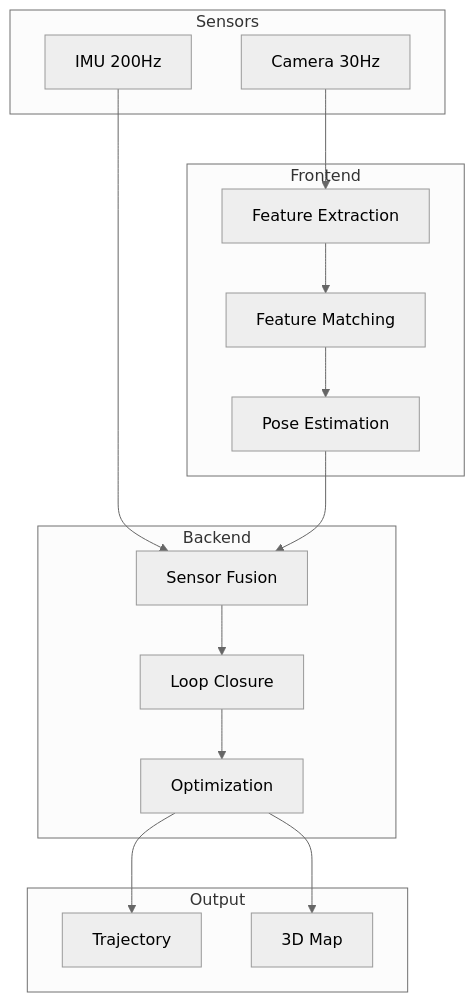
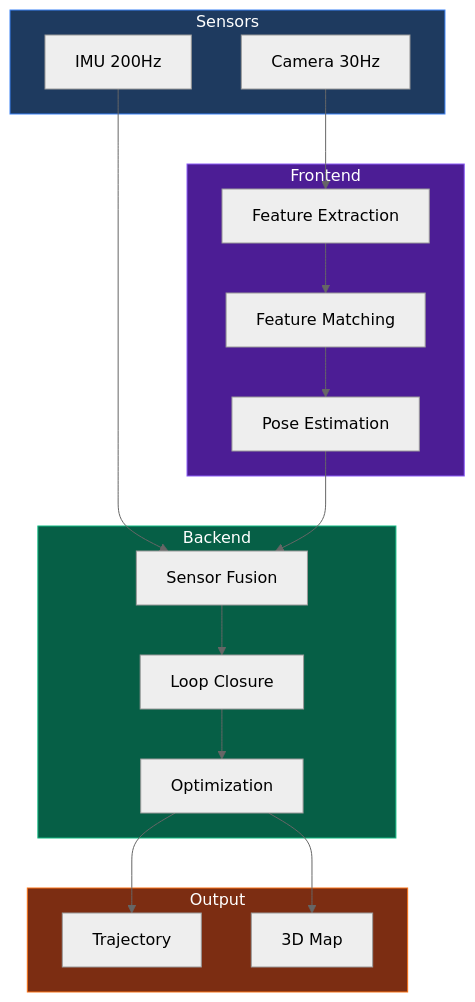
One commit to robertteleng/aria-slam changed the second of 11 diagrams in README.md. Above: the diagram before and after it, drawn with Mermaid (neutral theme). The commit also changed other lines of this file, not shown here.

Commit message:
docs: add colors to Mermaid diagrams and glossary section - Add style colors to all flowchart diagrams (blue/purple/green/orange) - Add Glossary section with 17 acronyms and 14 technical terms - Update Table of Contents - Remove emojis for professional appearance

````diff
--- a/README.md
+++ b/README.md
@@ -77,32 +86,37 @@
 ```mermaid
 flowchart TD
-    subgraph Sensors["Sensors"]
+    subgraph Sensors
         CAM[Camera 30Hz]
         IMU[IMU 200Hz]
     end
 
-    subgraph Frontend["Frontend"]
+    subgraph Frontend
         FE[Feature Extraction]
         FM[Feature Matching]
         PE[Pose Estimation]
     end
 
-    subgraph Backend["Backend"]
+    subgraph Backend
         SF[Sensor Fusion]
         LC[Loop Closure]
         OPT[Optimization]
     end
 
-    subgraph Output["Output"]
+    subgraph Output
         TRAJ[Trajectory]
         MAP[3D Map]
     end
 
     CAM --> FE --> FM --> PE
     IMU --> SF
     PE --> SF
     SF --> LC
     LC --> OPT
     OPT --> TRAJ
     OPT --> MAP
+
+    style Sensors fill:#1e3a5f,stroke:#3b82f6,color:#fff
+    style Frontend fill:#4c1d95,stroke:#8b5cf6,color:#fff
+    style Backend fill:#065f46,stroke:#10b981,color:#fff
+    style Output fill:#7c2d12,stroke:#f97316,color:#fff
 ```
````
